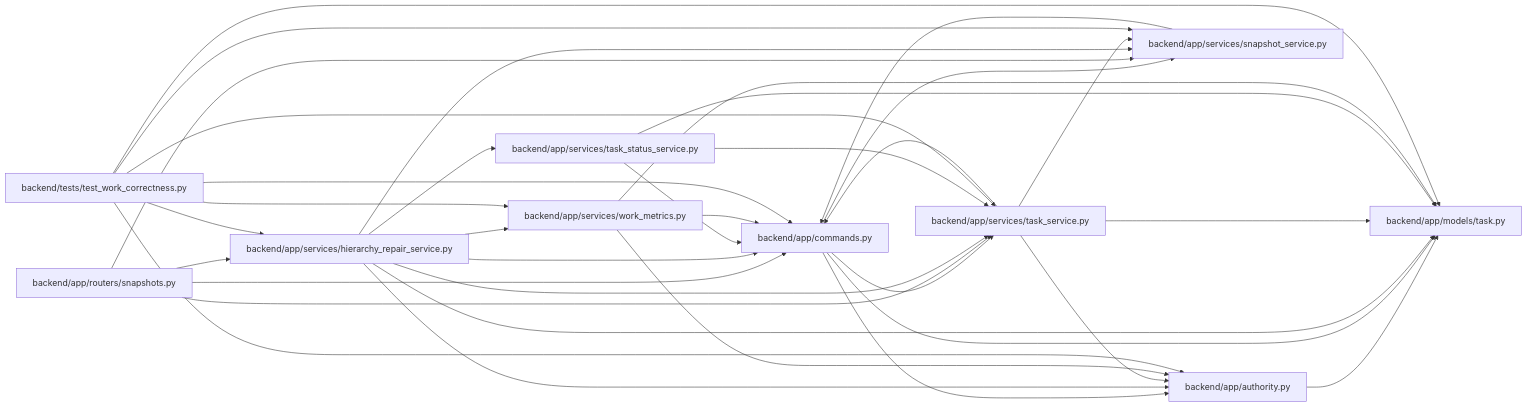
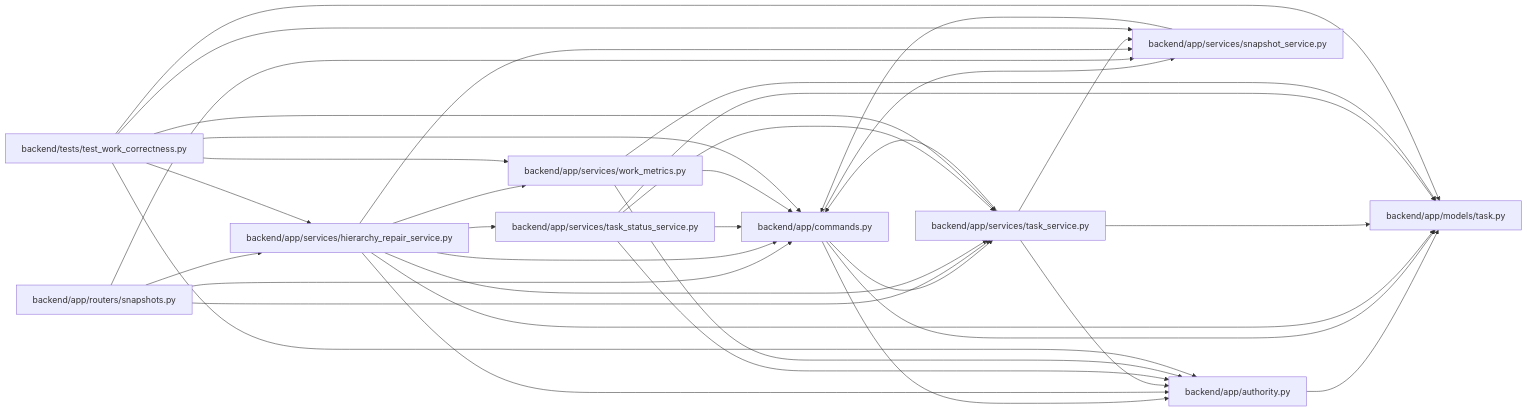
One commit to Denissvgn/WorkChord changed the diagram in docs/llm_wiki/modules/hierarchy_repair_service.md. Above: the diagram before and after it, drawn with Mermaid. The commit also changed 1238 other files, not shown here.

First line of the commit message:
docs(wiki): publish compact canonical domain architecture

````diff
--- a/docs/llm_wiki/modules/hierarchy_repair_service.md
+++ b/docs/llm_wiki/modules/hierarchy_repair_service.md
@@ -25,57 +25,58 @@
 ```mermaid
 flowchart LR
     n0["backend/app/authority.py"]
     n1["backend/app/commands.py"]
     n2["backend/app/models/task.py"]
     n3["backend/app/routers/snapshots.py"]
     n4["backend/app/services/hierarchy_repair_service.py"]
     n5["backend/app/services/snapshot_service.py"]
     n6["backend/app/services/task_service.py"]
     n7["backend/app/services/task_status_service.py"]
     n8["backend/app/services/work_metrics.py"]
     n9["backend/tests/test_work_correctness.py"]
     n0 --> n2
     n1 --> n0
     n1 --> n2
     n1 --> n5
     n1 --> n6
     n3 --> n1
     n3 --> n4
     n3 --> n5
     n3 --> n6
     n4 --> n0
     n4 --> n1
     n4 --> n2
     n4 --> n5
     n4 --> n6
     n4 --> n7
     n4 --> n8
     n5 --> n1
     n6 --> n0
     n6 --> n1
     n6 --> n2
     n6 --> n5
+    n7 --> n0
     n7 --> n1
     n7 --> n2
     n7 --> n6
     n8 --> n0
     n8 --> n1
     n8 --> n2
     n9 --> n0
     n9 --> n1
     n9 --> n2
     n9 --> n4
     n9 --> n5
     n9 --> n6
     n9 --> n8
     click n0 "../modules/authority.md"
     click n1 "../modules/commands.md"
     click n2 "../modules/models_task.md"
     click n3 "../modules/snapshots.md"
     click n4 "../modules/hierarchy_repair_service.md"
     click n5 "../modules/snapshot_service.md"
     click n6 "../modules/task_service.md"
     click n7 "../modules/task_status_service.md"
     click n8 "../modules/services_work_metrics.md"
     click n9 "../modules/test_work_correctness.md"
 ```
````
